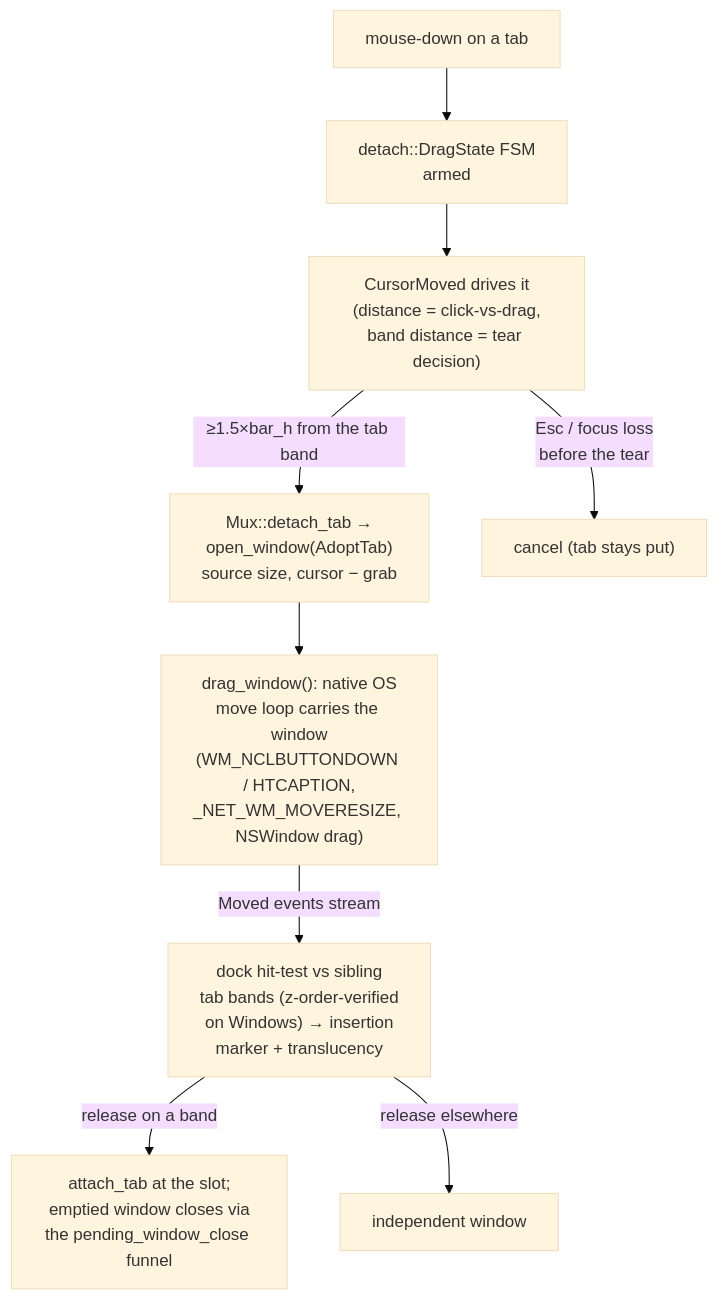
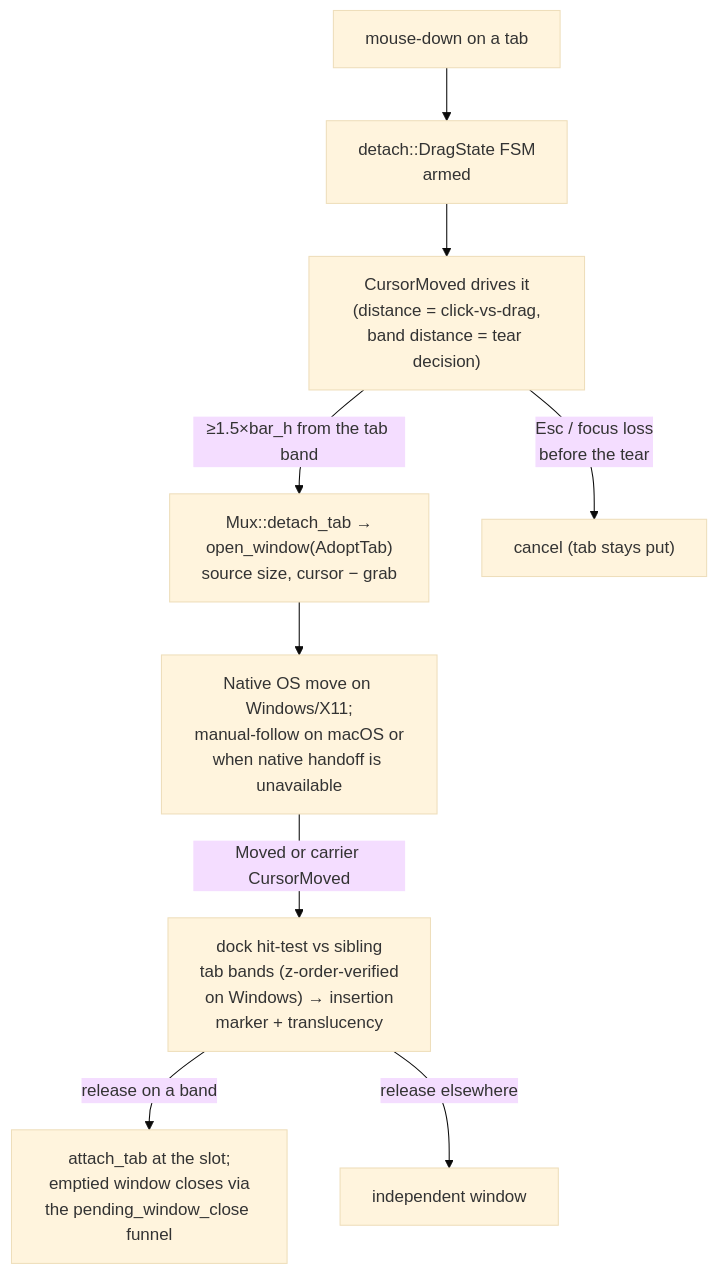
One commit to Reddimus/kettle changed the ninth of 11 diagrams in docs/ARCHITECTURE.md. Above: the diagram before and after it, drawn with Mermaid (base theme). The commit also changed other lines of this file and 10 other files, not shown here.

````diff
--- a/docs/ARCHITECTURE.md
+++ b/docs/ARCHITECTURE.md
@@ -2347,11 +2363,11 @@
 ```mermaid
 flowchart TD
     A["mouse-down on a tab"] --> B["detach::DragState FSM<br/>armed"]
     B --> C["CursorMoved drives it<br/>(distance = click-vs-drag,<br/>band distance = tear decision)"]
     C -->|"≥1.5×bar_h from the tab band"| D["Mux::detach_tab →<br/>open_window(AdoptTab)<br/>source size, cursor − grab"]
-    D --> E["drag_window(): native OS<br/>move loop carries the window<br/>(WM_NCLBUTTONDOWN / HTCAPTION,<br/>_NET_WM_MOVERESIZE, NSWindow drag)"]
-    E -->|"Moved events stream"| G["dock hit-test vs sibling<br/>tab bands (z-order-verified<br/>on Windows) → insertion<br/>marker + translucency"]
+    D --> E["Native OS move on Windows/X11;<br/>manual-follow on macOS or<br/>when native handoff is unavailable"]
+    E -->|"Moved or carrier CursorMoved"| G["dock hit-test vs sibling<br/>tab bands (z-order-verified<br/>on Windows) → insertion<br/>marker + translucency"]
     G -->|"release on a band"| H["attach_tab at the slot;<br/>emptied window closes via<br/>the pending_window_close funnel"]
     G -->|"release elsewhere"| I["independent window"]
     C -->|"Esc / focus loss<br/>before the tear"| F["cancel (tab stays put)"]
 ```
````
